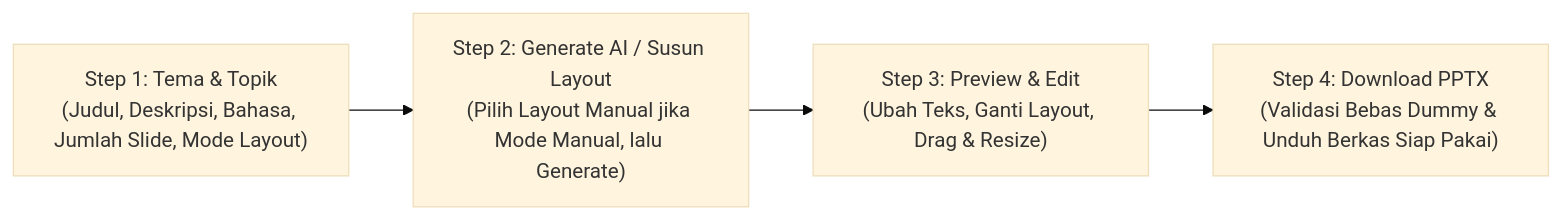
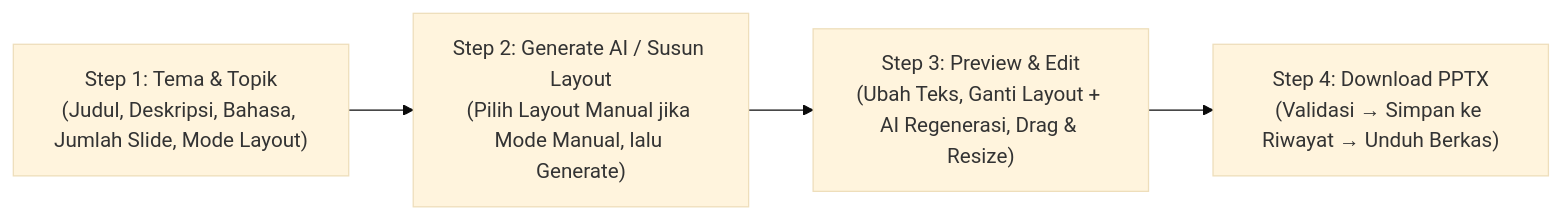
Before and after one commit to hizkiaa13/master-ppt-ai: the diagram in master-ppt-ai/README.md, drawn with Mermaid (base theme). The commit also changed other lines of this file, not shown here.

Commit message:
docs: perbarui README dengan fitur riwayat otomatis, AI regenerasi layout, endpoint lengkap, skema database, dan changelog

````diff
--- a/master-ppt-ai/README.md
+++ b/master-ppt-ai/README.md
@@ -78,6 +111,6 @@
 ```mermaid
 flowchart LR
     A["Step 1: Tema & Topik<br/>(Judul, Deskripsi, Bahasa, Jumlah Slide, Mode Layout)"] --> B["Step 2: Generate AI / Susun Layout<br/>(Pilih Layout Manual jika Mode Manual, lalu Generate)"]
-    B --> C["Step 3: Preview & Edit<br/>(Ubah Teks, Ganti Layout, Drag & Resize)"]
-    C --> D["Step 4: Download PPTX<br/>(Validasi Bebas Dummy & Unduh Berkas Siap Pakai)"]
+    B --> C["Step 3: Preview & Edit<br/>(Ubah Teks, Ganti Layout + AI Regenerasi, Drag & Resize)"]
+    C --> D["Step 4: Download PPTX<br/>(Validasi → Simpan ke Riwayat → Unduh Berkas)"]
 ```
````
